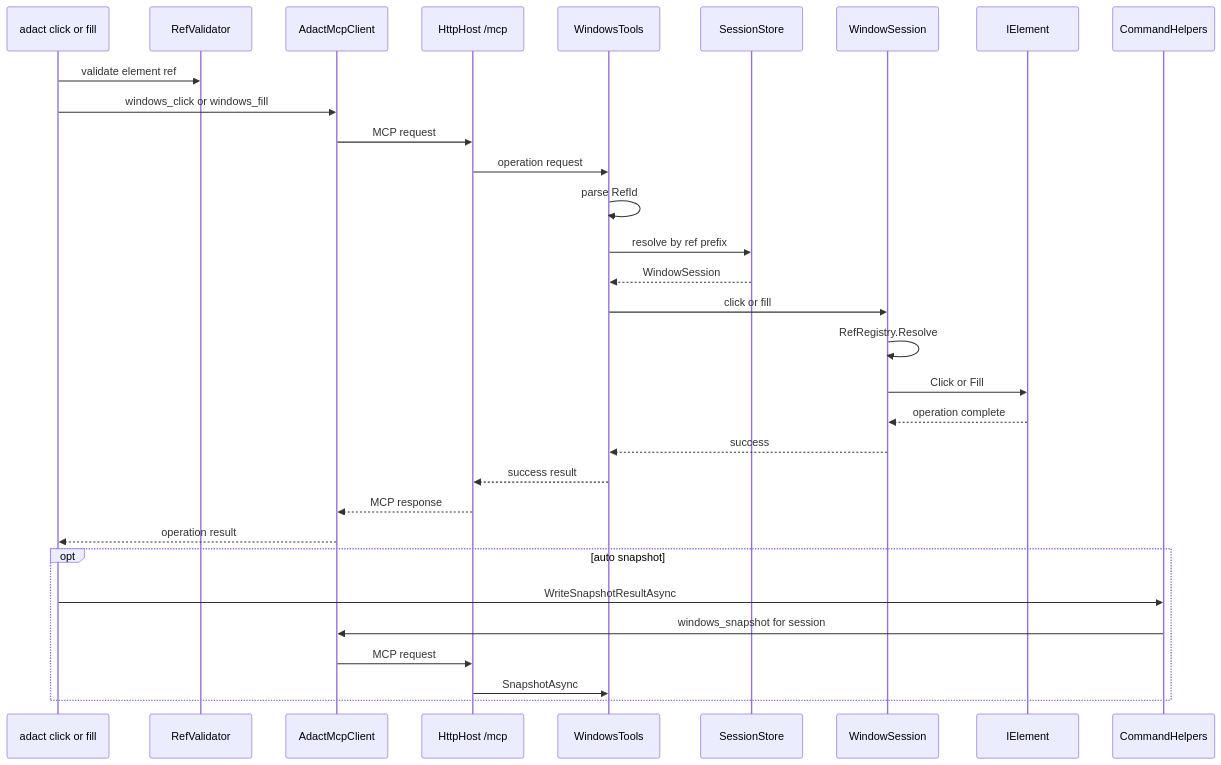
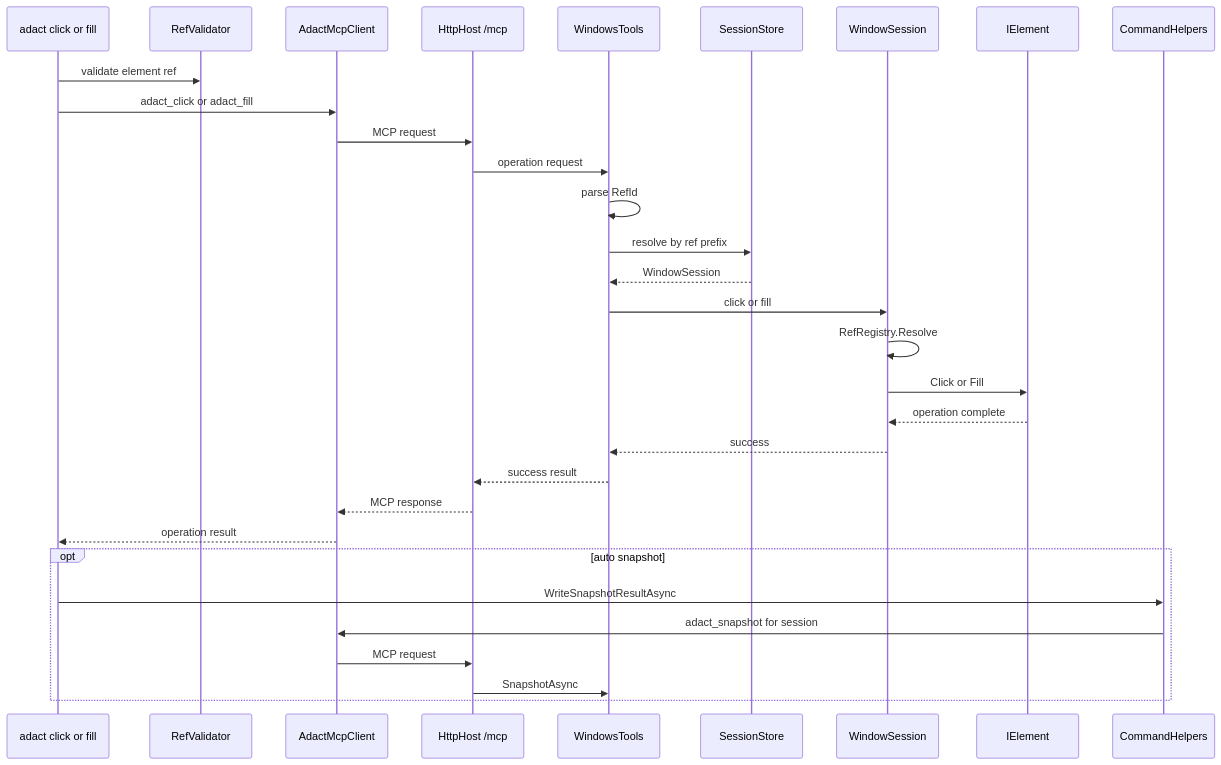
One commit to 84q/adact changed the third of 4 diagrams in docs/architecture/command-flows.md. Above: the diagram before and after it, drawn with Mermaid. The commit also changed other lines of this file and 75 other files, not shown here.

First line of the commit message:
rename: MCP tool names from windows_* to adact_* prefix

````diff
--- a/docs/architecture/command-flows.md
+++ b/docs/architecture/command-flows.md
@@ -125,34 +125,34 @@
 ```mermaid
 sequenceDiagram
 	participant CLI as adact click or fill
 	participant Validator as RefValidator
 	participant Client as AdactMcpClient
 	participant Host as HttpHost /mcp
 	participant Tools as WindowsTools
 	participant Sessions as SessionStore
 	participant Session as WindowSession
 	participant Element as IElement
 	participant Cmd as CommandHelpers
 
 	CLI->>Validator: validate element ref
-	CLI->>Client: windows_click or windows_fill
+	CLI->>Client: adact_click or adact_fill
 	Client->>Host: MCP request
 	Host->>Tools: operation request
 	Tools->>Tools: parse RefId
 	Tools->>Sessions: resolve by ref prefix
 	Sessions-->>Tools: WindowSession
 	Tools->>Session: click or fill
 	Session->>Session: RefRegistry.Resolve
 	Session->>Element: Click or Fill
 	Element-->>Session: operation complete
 	Session-->>Tools: success
 	Tools-->>Host: success result
 	Host-->>Client: MCP response
 	Client-->>CLI: operation result
 	opt auto snapshot
 		CLI->>Cmd: WriteSnapshotResultAsync
-		Cmd->>Client: windows_snapshot for session
+		Cmd->>Client: adact_snapshot for session
 		Client->>Host: MCP request
 		Host->>Tools: SnapshotAsync
 	end
 ```
````
